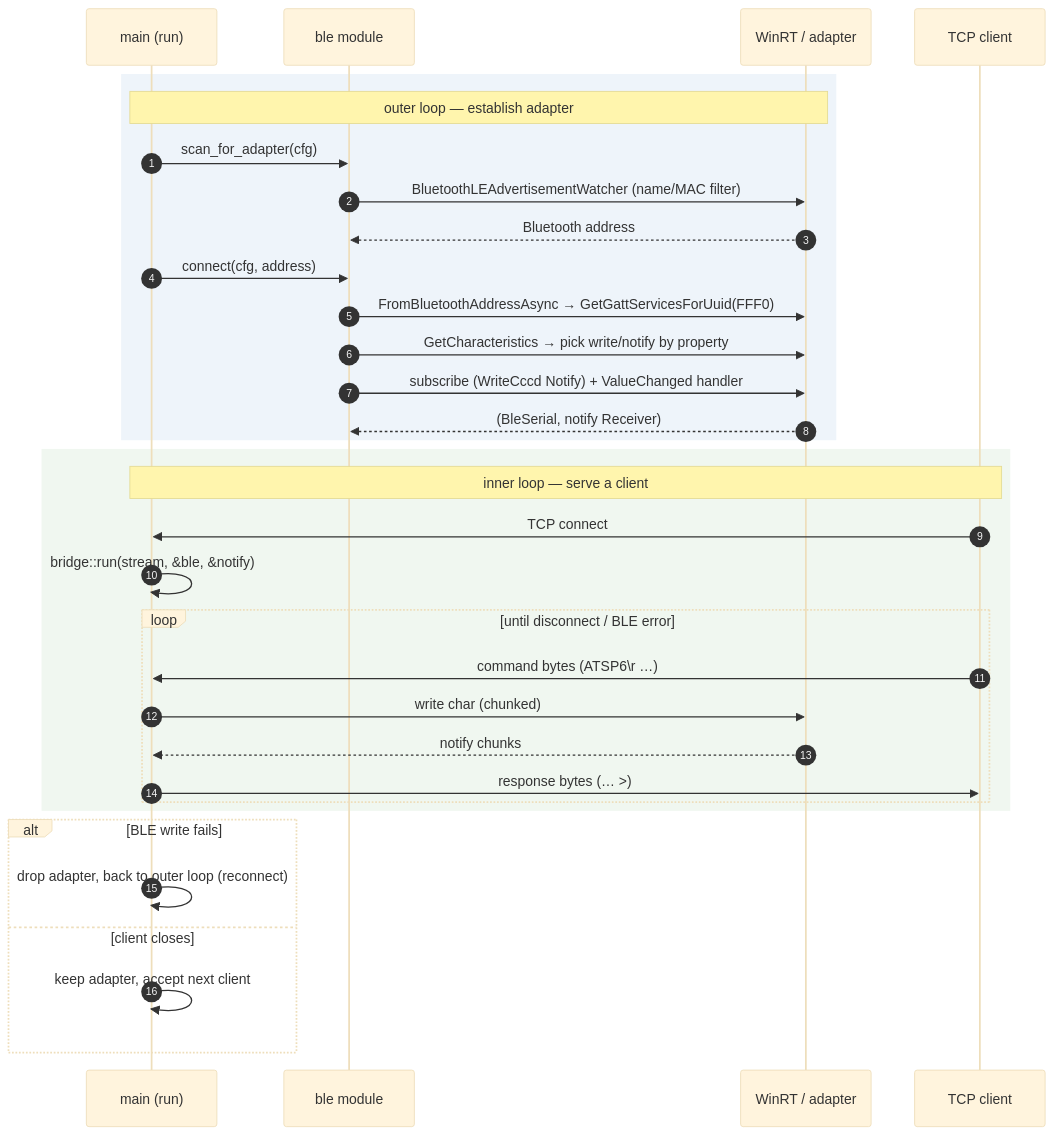
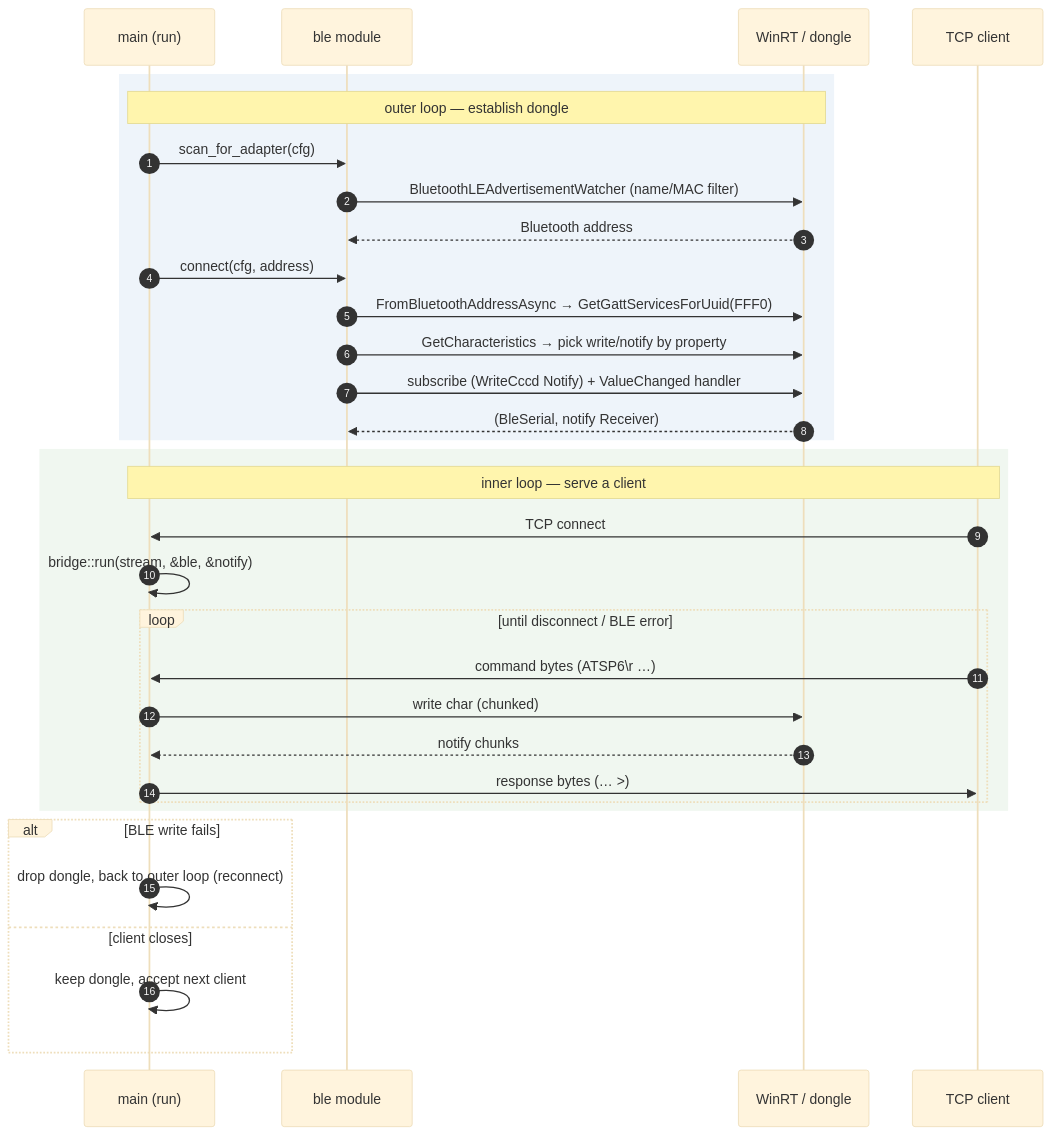
The second of 5 diagrams in docs/architecture.md (b1tninja/dangle), drawn with Mermaid (base theme) before and after one commit. The commit also changed other lines of this file and 19 other files, not shown here.

````diff
--- a/docs/architecture.md
+++ b/docs/architecture.md
@@ -77,38 +78,38 @@
 ```mermaid
 sequenceDiagram
     autonumber
     participant M as main (run)
     participant B as ble module
-    participant W as WinRT / adapter
+    participant W as WinRT / dongle
     participant C as TCP client
 
     rect rgb(238,244,250)
-    note over M,W: outer loop — establish adapter
+    note over M,W: outer loop — establish dongle
     M->>B: scan_for_adapter(cfg)
     B->>W: BluetoothLEAdvertisementWatcher (name/MAC filter)
     W-->>B: Bluetooth address
     M->>B: connect(cfg, address)
     B->>W: FromBluetoothAddressAsync → GetGattServicesForUuid(FFF0)
     B->>W: GetCharacteristics → pick write/notify by property
     B->>W: subscribe (WriteCccd Notify) + ValueChanged handler
     W-->>B: (BleSerial, notify Receiver)
     end
 
     rect rgb(240,247,240)
     note over M,C: inner loop — serve a client
     C->>M: TCP connect
     M->>M: bridge::run(stream, &ble, &notify)
     loop until disconnect / BLE error
         C->>M: command bytes (ATSP6\r …)
         M->>W: write char (chunked)
         W-->>M: notify chunks
         M->>C: response bytes (… >)
     end
     end
 
     alt BLE write fails
-        M->>M: drop adapter, back to outer loop (reconnect)
+        M->>M: drop dongle, back to outer loop (reconnect)
     else client closes
-        M->>M: keep adapter, accept next client
+        M->>M: keep dongle, accept next client
     end
 ```
````
